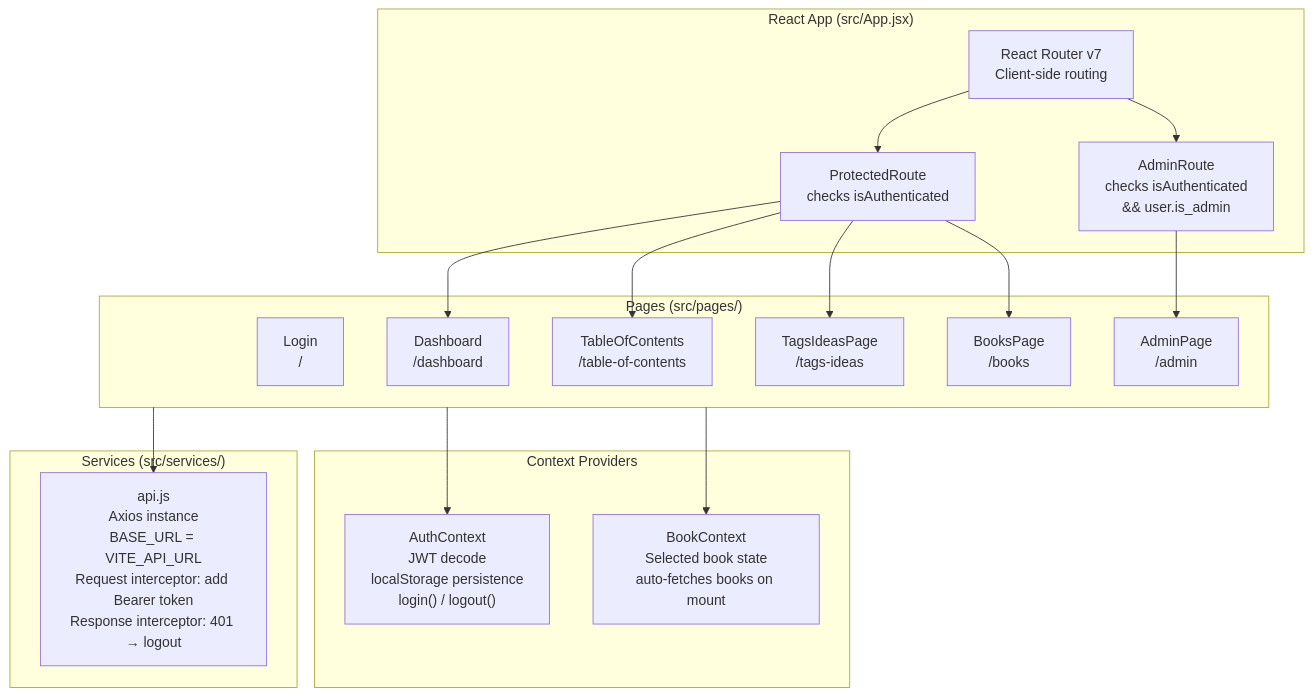
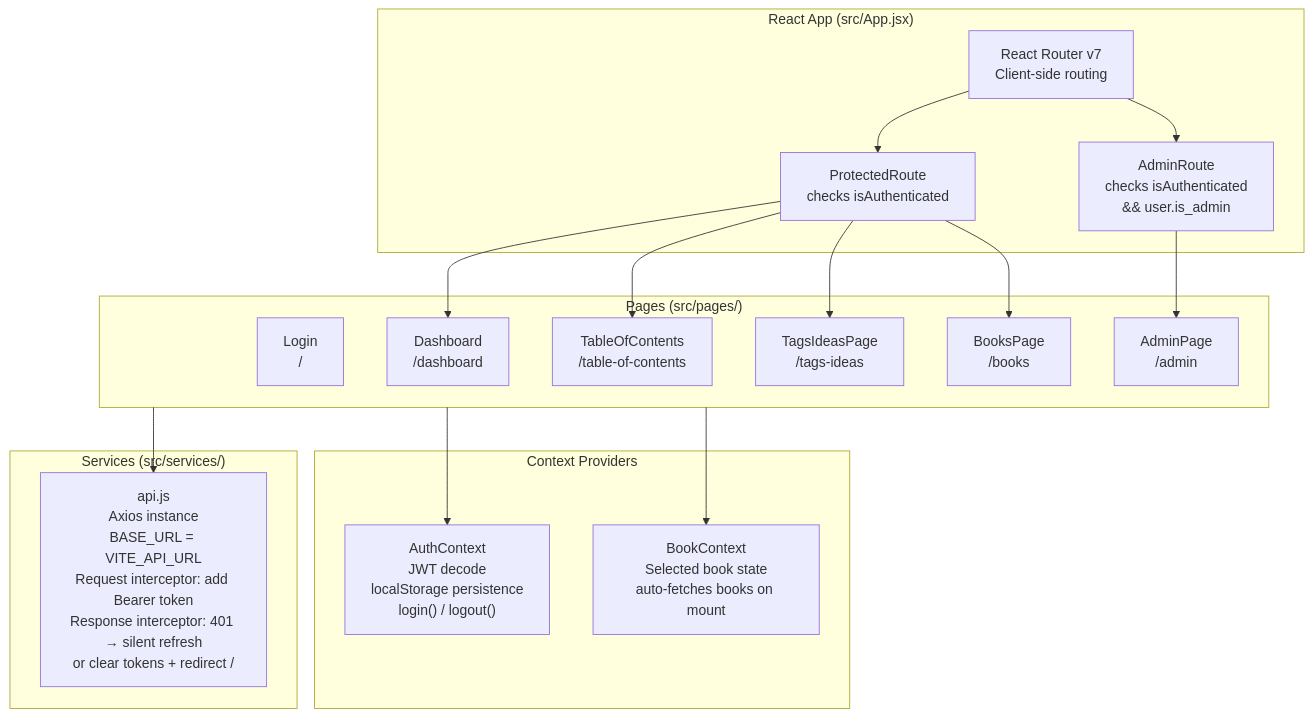
Before and after one commit to pseroul/brainiac5: the fourth of 7 diagrams in docs/architecture.md, drawn with Mermaid. The commit also changed other lines of this file and 2 other files, not shown here.

First line of the commit message:
docs: update documentation for refresh token session persistence

````diff
--- a/docs/architecture.md
+++ b/docs/architecture.md
@@ -91,34 +91,34 @@
 ```mermaid
 graph TB
     subgraph App["React App (src/App.jsx)"]
         Router["React Router v7\nClient-side routing"]
         ProtectedRoute["ProtectedRoute\nchecks isAuthenticated"]
         AdminRoute["AdminRoute\nchecks isAuthenticated\n&& user.is_admin"]
     end
 
     subgraph Contexts["Context Providers"]
         AuthCtx["AuthContext\nJWT decode\nlocalStorage persistence\nlogin() / logout()"]
         BookCtx["BookContext\nSelected book state\nauto-fetches books on mount"]
     end
 
     subgraph Pages["Pages (src/pages/)"]
         Login["Login\n/"]
         Dashboard["Dashboard\n/dashboard"]
         TOC["TableOfContents\n/table-of-contents"]
         Tags["TagsIdeasPage\n/tags-ideas"]
         Books["BooksPage\n/books"]
         Admin["AdminPage\n/admin"]
     end
 
     subgraph Services["Services (src/services/)"]
-        API["api.js\nAxios instance\nBASE_URL = VITE_API_URL\nRequest interceptor: add Bearer token\nResponse interceptor: 401 → logout"]
+        API["api.js\nAxios instance\nBASE_URL = VITE_API_URL\nRequest interceptor: add Bearer token\nResponse interceptor: 401 → silent refresh\nor clear tokens + redirect /"]
     end
 
     Router --> ProtectedRoute
     Router --> AdminRoute
     ProtectedRoute --> Dashboard & TOC & Tags & Books
     AdminRoute --> Admin
     Pages --> AuthCtx
     Pages --> BookCtx
     Pages --> API
 ```
````
